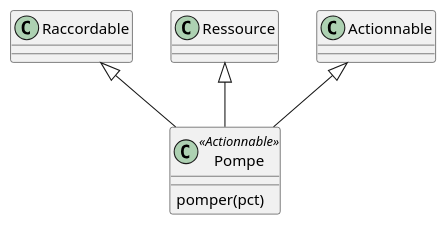
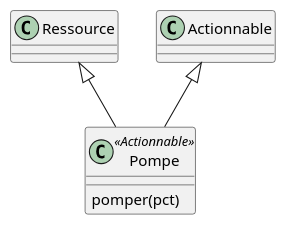
The diagram in pompe.iuml (beerfactory/brewbox-uml), drawn with PlantUML before and after one commit. The commit also changed 5 other files, not shown here.

```diff
--- a/pompe.iuml
+++ b/pompe.iuml
@@ -1,7 +1,6 @@
 class Pompe <<Actionnable>> {
     pomper(pct)
 }
 
-Raccordable <|-- Pompe
 Ressource <|-- Pompe
 Actionnable <|-- Pompe
```
